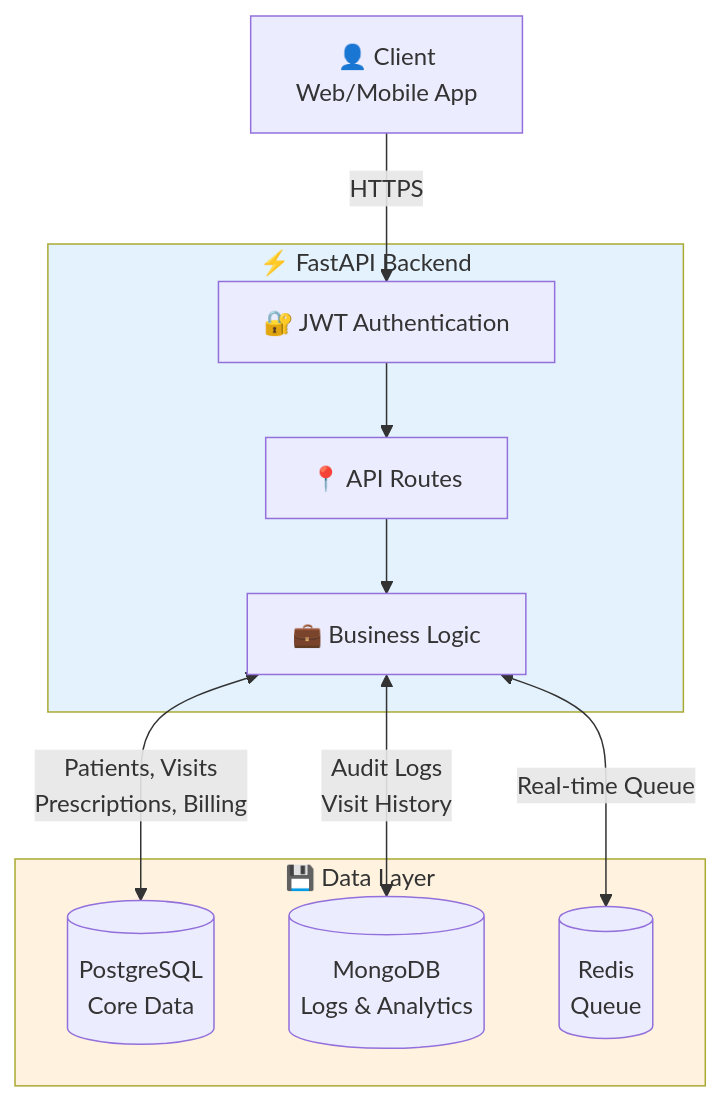
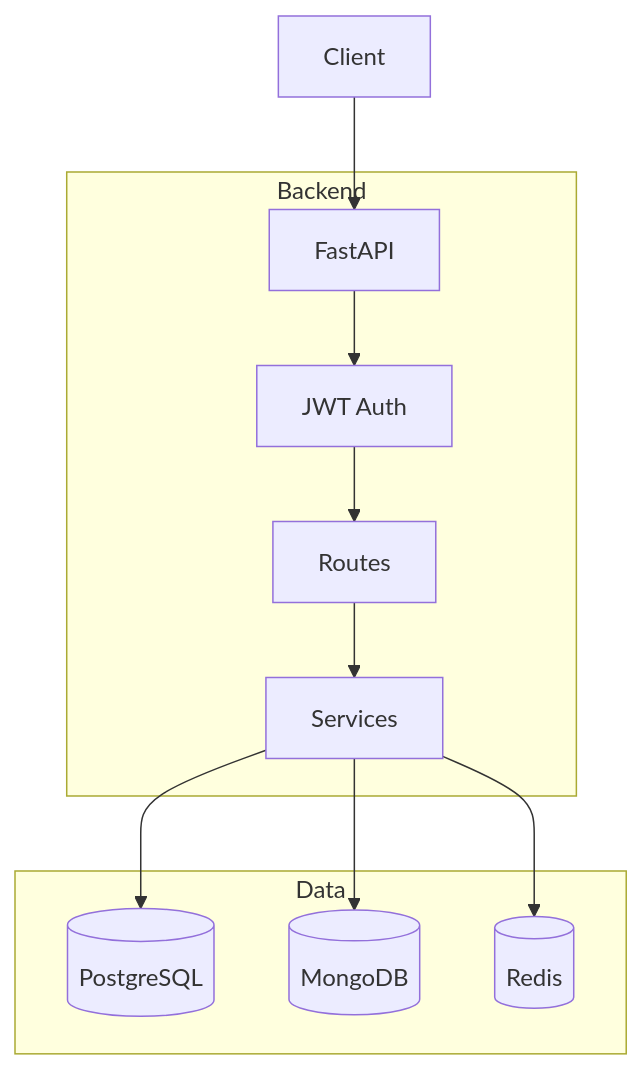
The first of 5 diagrams in README.md (harshit-tew/Qure-Clinic-Management-System), drawn with Mermaid before and after one commit. The commit also changed other lines of this file, not shown here.

Commit message:
Updated Readme with flowcharts

````diff
--- a/README.md
+++ b/README.md
@@ -26,27 +121,26 @@
 ```mermaid
-flowchart TB
-    Client[👤 Client<br/>Web/Mobile App]
+graph TB
+    Client[Client]
 
-    subgraph API["⚡ FastAPI Backend"]
-        Auth[🔐 JWT Authentication]
-        Routes[📍 API Routes]
-        Logic[💼 Business Logic]
+    subgraph Backend
+        API[FastAPI]
+        Auth[JWT Auth]
+        Routes[Routes]
+        Services[Services]
     end
 
-    subgraph DB["💾 Data Layer"]
-        PG[(PostgreSQL<br/>Core Data)]
-        Mongo[(MongoDB<br/>Logs & Analytics)]
-        Redis[(Redis<br/>Queue)]
+    subgraph Data
+        PG[(PostgreSQL)]
+        Mongo[(MongoDB)]
+        Redis[(Redis)]
     end
 
-    Client -->|HTTPS| Auth
+    Client --> API
+    API --> Auth
     Auth --> Routes
-    Routes --> Logic
+    Routes --> Services
 
-    Logic <-->|Patients, Visits<br/>Prescriptions, Billing| PG
-    Logic <-->|Audit Logs<br/>Visit History| Mongo
-    Logic <-->|Real-time Queue| Redis
-
-    style API fill:#e3f2fd
-    style DB fill:#fff3e0
+    Services --> PG
+    Services --> Mongo
+    Services --> Redis
 ```
````
